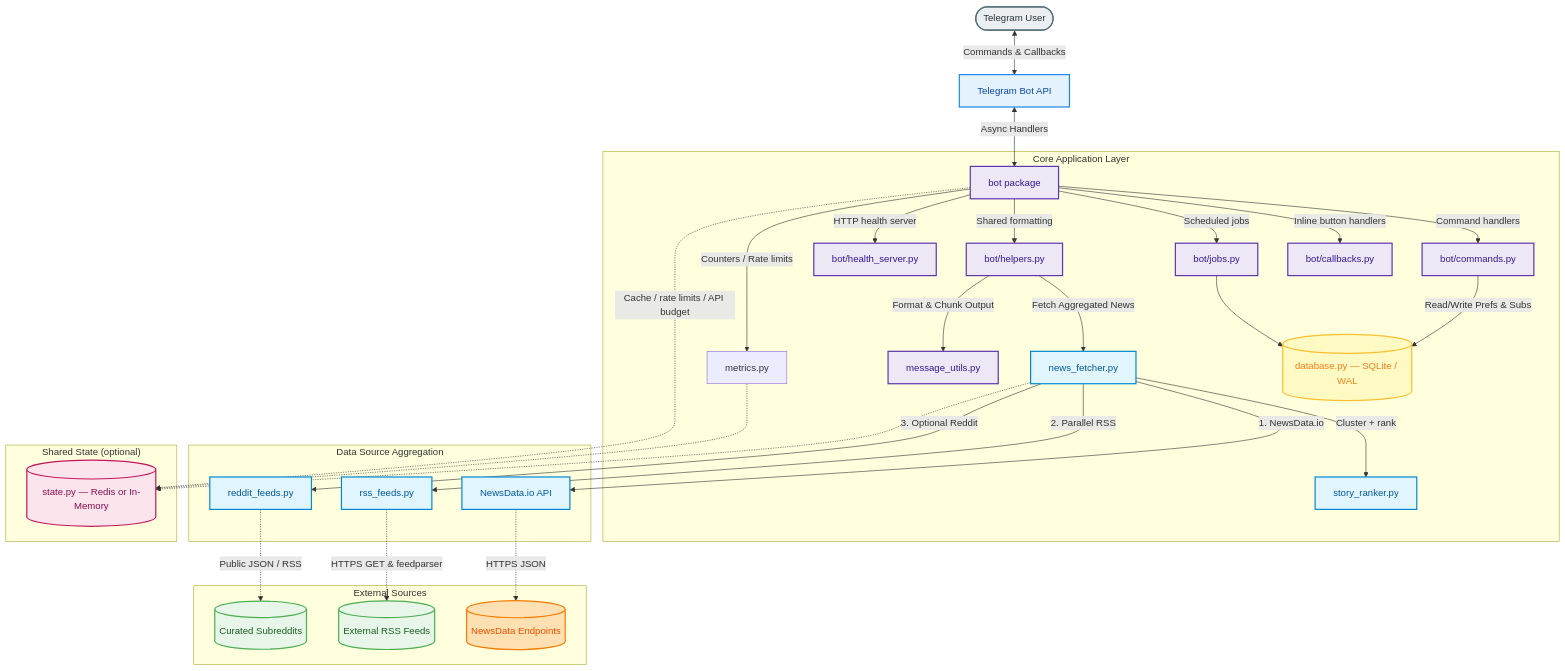
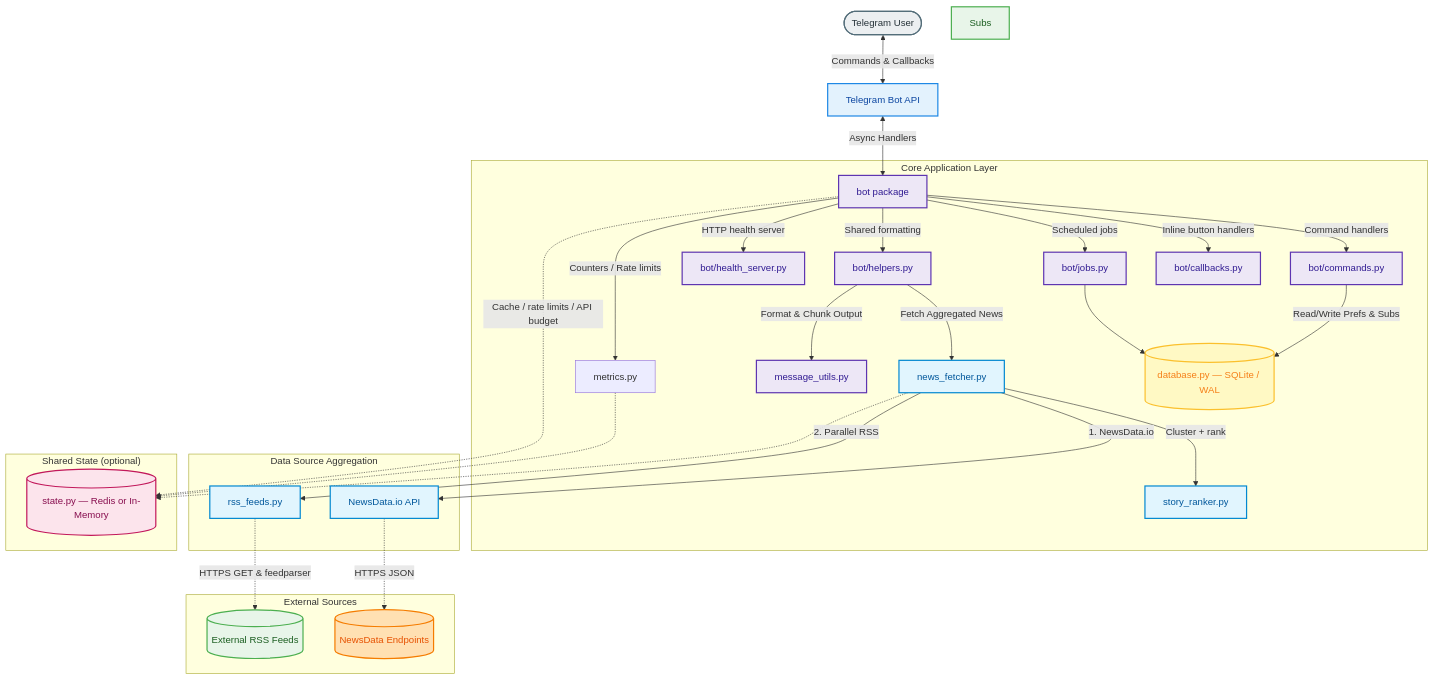
Before and after one commit to sunil-gumatimath/newsdrop: the diagram in README.md, drawn with Mermaid. The commit also changed other lines of this file and 5 other files, not shown here.

First line of the commit message:
docs: sync architecture/README with two-source design; story_ranker int-cast safety

````diff
--- a/README.md
+++ b/README.md
@@ -59,57 +59,54 @@
 ```mermaid
 graph TD
     User(["Telegram User"]) <-->|"Commands & Callbacks"| Telegram["Telegram Bot API"]
     Telegram <-->|"Async Handlers"| Bot["bot package"]
 
     subgraph "Core Application Layer"
         Bot -->|"Command handlers"| Commands["bot/commands.py"]
         Bot -->|"Inline button handlers"| Callbacks["bot/callbacks.py"]
         Bot -->|"Scheduled jobs"| Jobs["bot/jobs.py"]
         Bot -->|"Shared formatting"| Helpers["bot/helpers.py"]
         Bot -->|"HTTP health server"| HealthServer["bot/health_server.py"]
         Commands -->|"Read/Write Prefs & Subs"| DB[("database.py — SQLite / WAL")]
         Jobs --> DB
         Helpers -->|"Fetch Aggregated News"| Fetcher["news_fetcher.py"]
         Fetcher -->|"Cluster + rank"| Ranker["story_ranker.py"]
         Helpers -->|"Format & Chunk Output"| Utils["message_utils.py"]
         Bot -->|"Counters / Rate limits"| Metrics["metrics.py"]
     end
 
     subgraph "Data Source Aggregation"
         Fetcher -->|"1. NewsData.io"| NewsAPI["NewsData.io API"]
         Fetcher -->|"2. Parallel RSS"| RSS["rss_feeds.py"]
-        Fetcher -->|"3. Optional Reddit"| Reddit["reddit_feeds.py"]
     end
 
     subgraph "External Sources"
         NewsAPI -.->|"HTTPS JSON"| WebAPI[("NewsData Endpoints")]
         RSS -.->|"HTTPS GET & feedparser"| Feeds[("External RSS Feeds")]
-        Reddit -.->|"Public JSON / RSS"| Subs[("Curated Subreddits")]
     end
 
     subgraph "Shared State (optional)"
         Bot -.->|"Cache / rate limits / API budget"| State[("state.py — Redis or In-Memory")]
         Fetcher -.-> State
         Metrics -.-> State
     end
 
     style User fill:#eceff1,stroke:#546e7a,stroke-width:2px,color:#263238
     style Telegram fill:#e3f2fd,stroke:#1e88e5,stroke-width:2px,color:#0d47a1
     style Bot fill:#ede7f6,stroke:#5e35b1,stroke-width:2px,color:#311b92
     style Commands fill:#ede7f6,stroke:#5e35b1,stroke-width:2px,color:#311b92
     style Callbacks fill:#ede7f6,stroke:#5e35b1,stroke-width:2px,color:#311b92
     style Jobs fill:#ede7f6,stroke:#5e35b1,stroke-width:2px,color:#311b92
     style Helpers fill:#ede7f6,stroke:#5e35b1,stroke-width:2px,color:#311b92
     style HealthServer fill:#ede7f6,stroke:#5e35b1,stroke-width:2px,color:#311b92
     style Utils fill:#ede7f6,stroke:#5e35b1,stroke-width:2px,color:#311b92
     style DB fill:#fff9c4,stroke:#fbc02d,stroke-width:2px,color:#f57f17
     style Fetcher fill:#e1f5fe,stroke:#0288d1,stroke-width:2px,color:#01579b
     style Ranker fill:#e1f5fe,stroke:#0288d1,stroke-width:2px,color:#01579b
     style NewsAPI fill:#e1f5fe,stroke:#0288d1,stroke-width:2px,color:#01579b
     style RSS fill:#e1f5fe,stroke:#0288d1,stroke-width:2px,color:#01579b
-    style Reddit fill:#e1f5fe,stroke:#0288d1,stroke-width:2px,color:#01579b
     style WebAPI fill:#ffe0b2,stroke:#f57c00,stroke-width:2px,color:#e65100
     style Feeds fill:#e8f5e9,stroke:#4caf50,stroke-width:2px,color:#1b5e20
     style Subs fill:#e8f5e9,stroke:#4caf50,stroke-width:2px,color:#1b5e20
     style State fill:#fce4ec,stroke:#c2185b,stroke-width:2px,color:#880e4f
 ```
````
